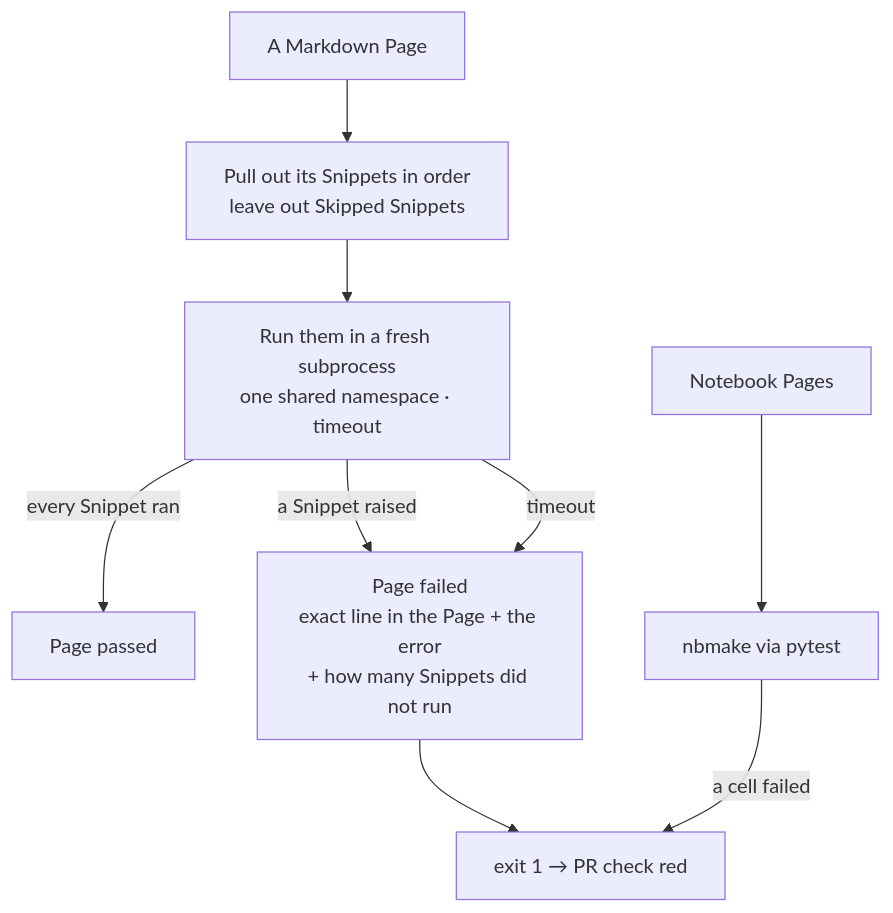
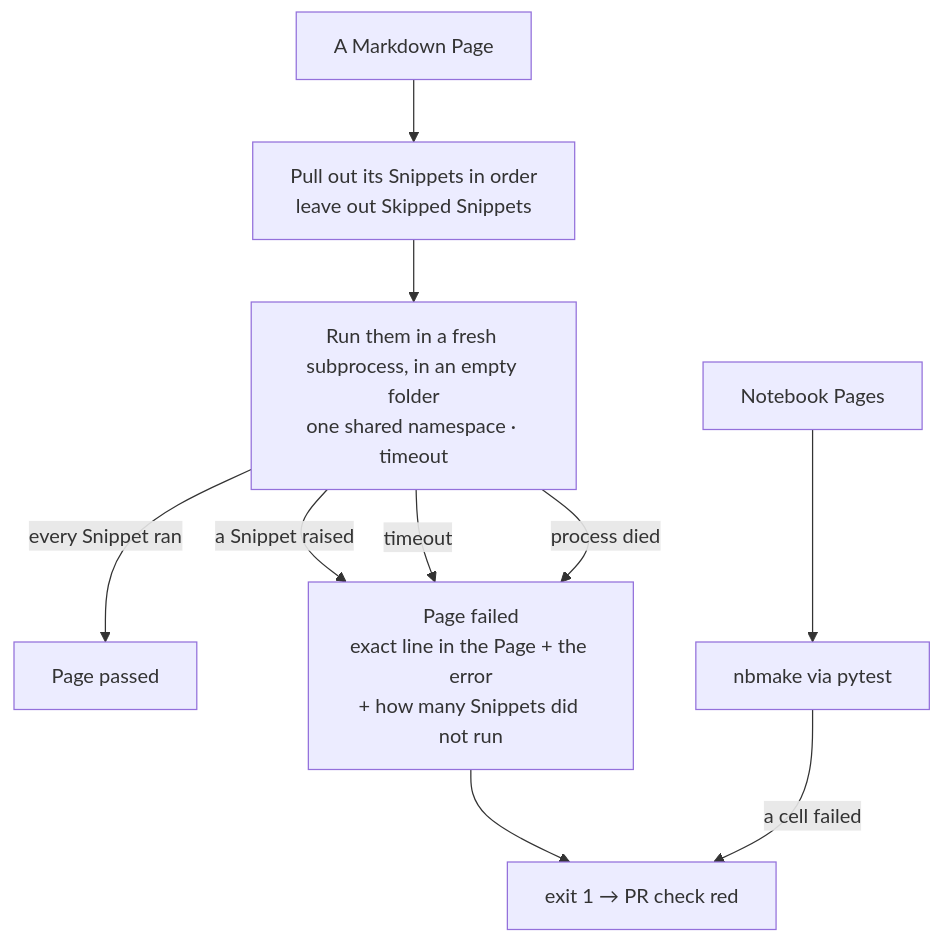
One commit to WillyOwl/docs-guardian changed the third of 5 diagrams in docs/architecture.md. Above: the diagram before and after it, drawn with Mermaid. The commit also changed other lines of this file and 10 other files, not shown here.

````diff
--- a/docs/architecture.md
+++ b/docs/architecture.md
@@ -81,10 +81,11 @@
 ```mermaid
 flowchart TD
     A["A Markdown Page"] --> B["Pull out its Snippets in order<br/>leave out Skipped Snippets"]
-    B --> C["Run them in a fresh subprocess<br/>one shared namespace · timeout"]
+    B --> C["Run them in a fresh subprocess, in an empty folder<br/>one shared namespace · timeout"]
     C -->|every Snippet ran| P["Page passed"]
     C -->|a Snippet raised| F["Page failed<br/>exact line in the Page + the error<br/>+ how many Snippets did not run"]
     C -->|timeout| F
+    C -->|process died| F
     F --> X["exit 1 → PR check red"]
     NB["Notebook Pages"] --> NBM["nbmake via pytest"] -->|a cell failed| X
 ```
````
